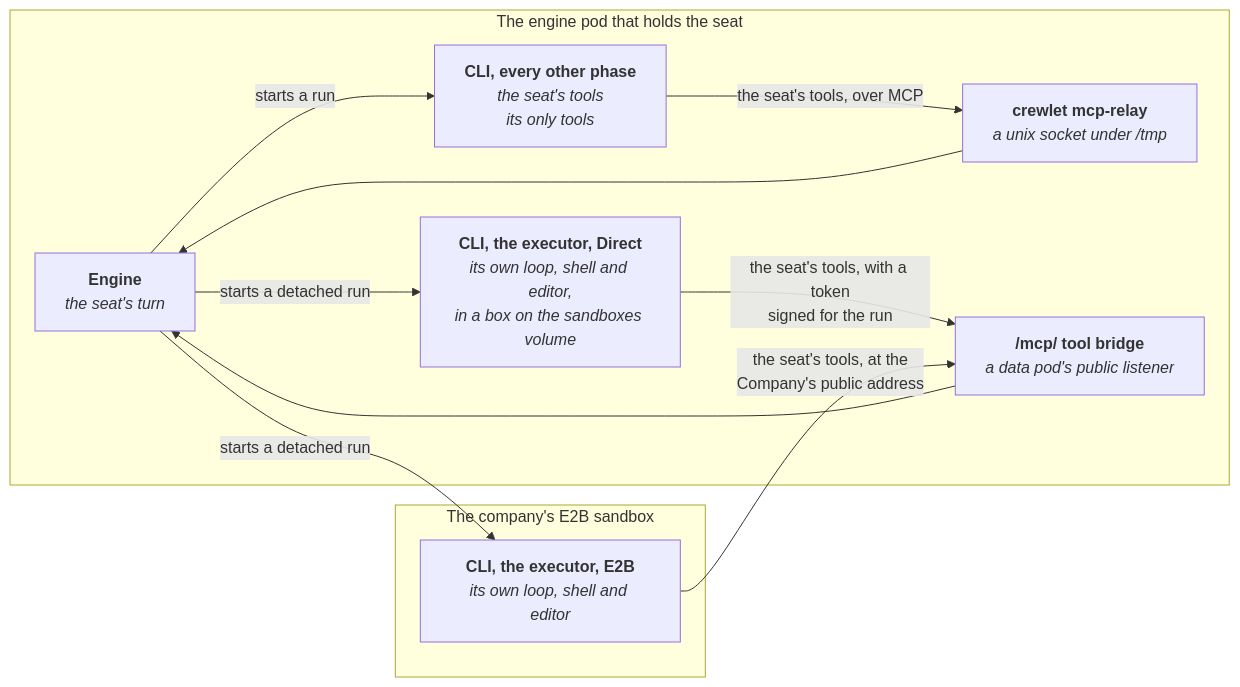
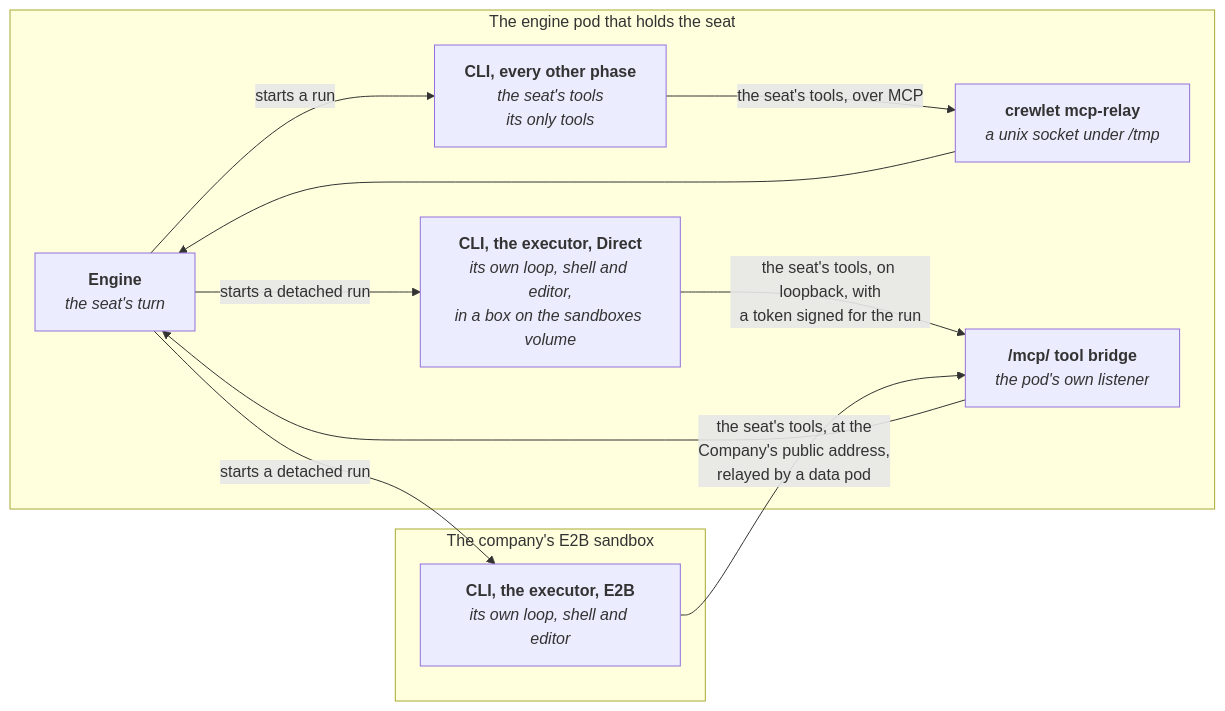
One commit to crewlet/crewlet-operator changed the diagram in docs/guides/cli-agents.md. Above: the diagram before and after it, drawn with Mermaid. The commit also changed other lines of this file and 39 other files, not shown here.

````diff
--- a/docs/guides/cli-agents.md
+++ b/docs/guides/cli-agents.md
@@ -533,21 +533,21 @@
 ```mermaid
 flowchart LR
     subgraph pod["The engine pod that holds the seat"]
         ENG["<b>Engine</b><br/><i>the seat's turn</i>"]
         HOST["<b>CLI, every other phase</b><br/><i>the seat's tools<br/>its only tools</i>"]
         RELAY["<b>crewlet mcp-relay</b><br/><i>a unix socket under /tmp</i>"]
         DIRECT["<b>CLI, the executor, Direct</b><br/><i>its own loop, shell and editor,<br/>in a box on the sandboxes volume</i>"]
-        PUB["<b>/mcp/ tool bridge</b><br/><i>a data pod's public listener</i>"]
+        PUB["<b>/mcp/ tool bridge</b><br/><i>the pod's own listener</i>"]
     end
     subgraph box["The company's E2B sandbox"]
         E2B["<b>CLI, the executor, E2B</b><br/><i>its own loop, shell and editor</i>"]
     end
     ENG -->|"starts a run"| HOST
     HOST -->|"the seat's tools, over MCP"| RELAY
     RELAY --> ENG
     ENG -->|"starts a detached run"| DIRECT
     ENG -->|"starts a detached run"| E2B
-    DIRECT -->|"the seat's tools, with a token<br/>signed for the run"| PUB
-    E2B -->|"the seat's tools, at the<br/>Company's public address"| PUB
+    DIRECT -->|"the seat's tools, on loopback, with<br/>a token signed for the run"| PUB
+    E2B -->|"the seat's tools, at the<br/>Company's public address,<br/>relayed by a data pod"| PUB
     PUB --> ENG
 ```
````
